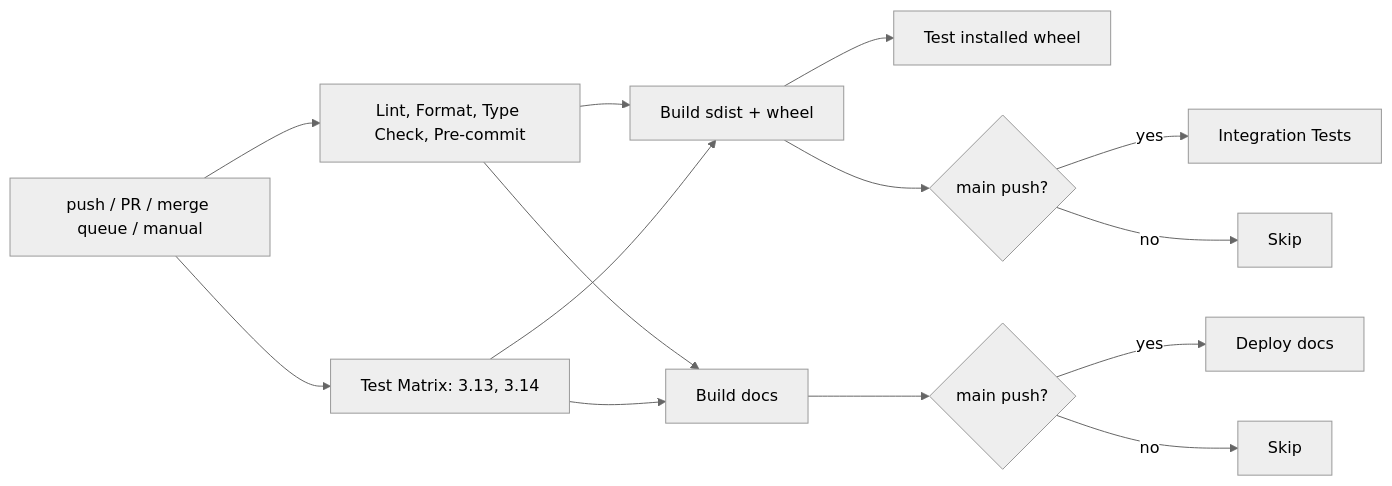
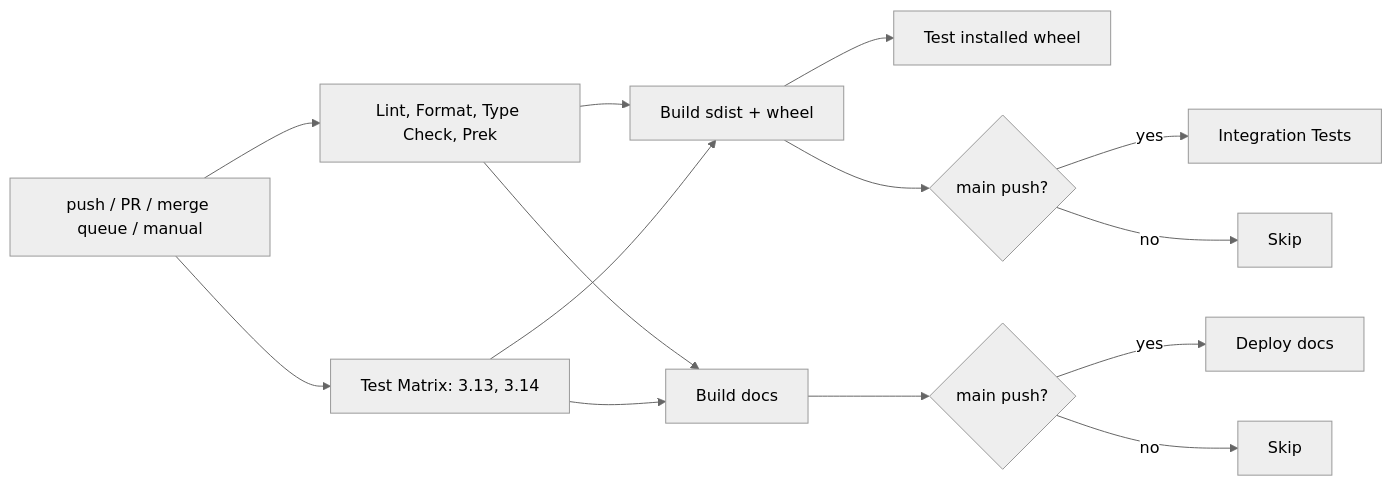
Before and after one commit to cetincurio/linkedin-job-scraper: the first of 3 diagrams in docs/dev/ci-cd.md, drawn with Mermaid (neutral theme). The commit also changed other lines of this file and 21 other files, not shown here.

````diff
--- a/docs/dev/ci-cd.md
+++ b/docs/dev/ci-cd.md
@@ -37,16 +37,16 @@
 ```mermaid
 flowchart LR
-  A[push / PR / merge queue / manual] --> B[Lint, Format, Type Check, Pre-commit]
+  A[push / PR / merge queue / manual] --> B[Lint, Format, Type Check, Prek]
   A --> C[Test Matrix: 3.13, 3.14]
   B --> D[Build sdist + wheel]
   C --> D
   D --> E[Test installed wheel]
   B --> F[Build docs]
   C --> F
   F --> G{main push?}
   G -- yes --> H[Deploy docs]
   G -- no --> I[Skip]
   D --> J{main push?}
   J -- yes --> K[Integration Tests]
   J -- no --> L[Skip]
 ```
````
